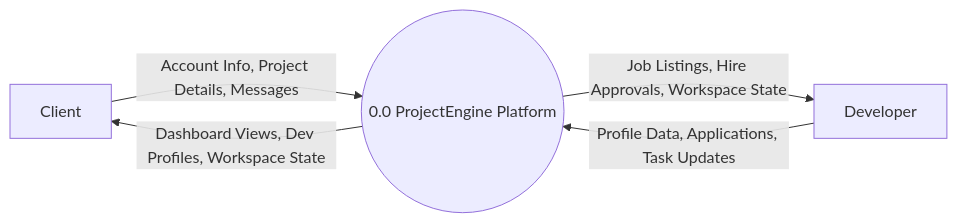
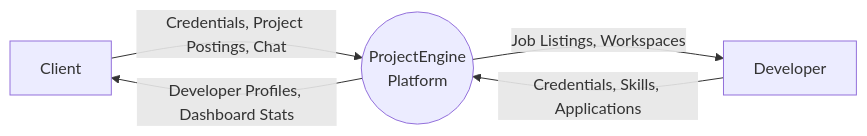
One commit to qhmed67/ReadmeTest changed the first of 3 diagrams in README.md. Above: the diagram before and after it, drawn with Mermaid. The commit also changed other lines of this file, not shown here.

````diff
--- a/README.md
+++ b/README.md
@@ -90,12 +99,12 @@
 ```mermaid
 flowchart LR
     Client[Client]
     Dev[Developer]
-    Sys((0.0 ProjectEngine Platform))
+    Sys((ProjectEngine\nPlatform))
 
-    Client -- "Account Info, Project Details, Messages" --> Sys
-    Sys -- "Dashboard Views, Dev Profiles, Workspace State" --> Client
+    Client -- "Credentials, Project Postings, Chat" --> Sys
+    Sys -- "Developer Profiles, Dashboard Stats" --> Client
 
-    Dev -- "Profile Data, Applications, Task Updates" --> Sys
-    Sys -- "Job Listings, Hire Approvals, Workspace State" --> Dev
+    Dev -- "Credentials, Skills, Applications" --> Sys
+    Sys -- "Job Listings, Workspaces" --> Dev
 ```
````
